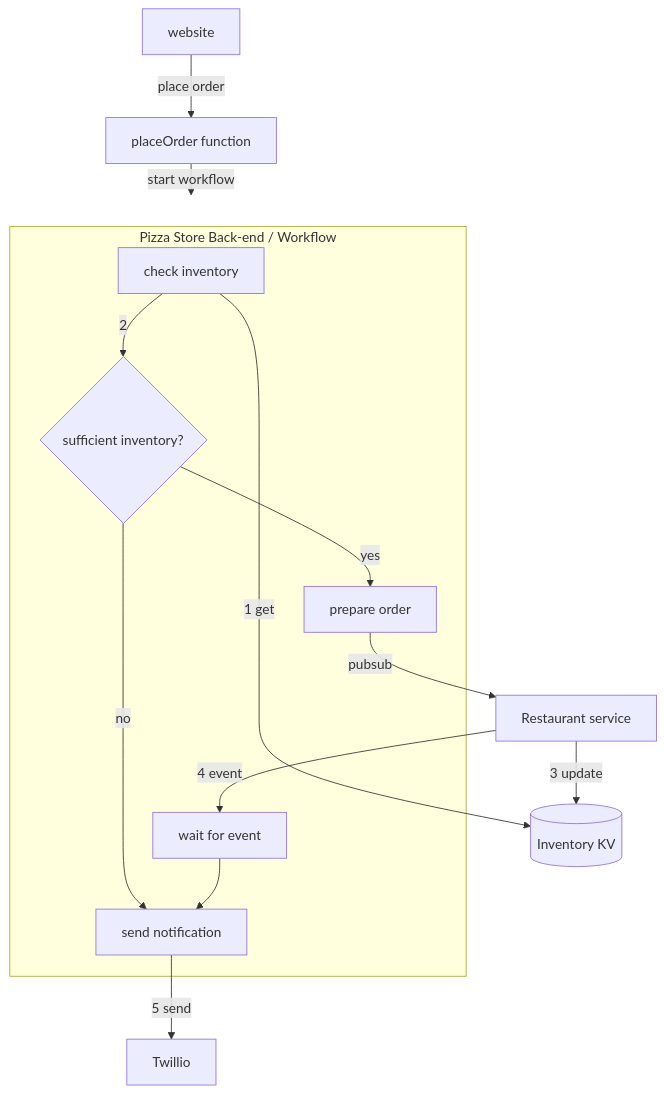
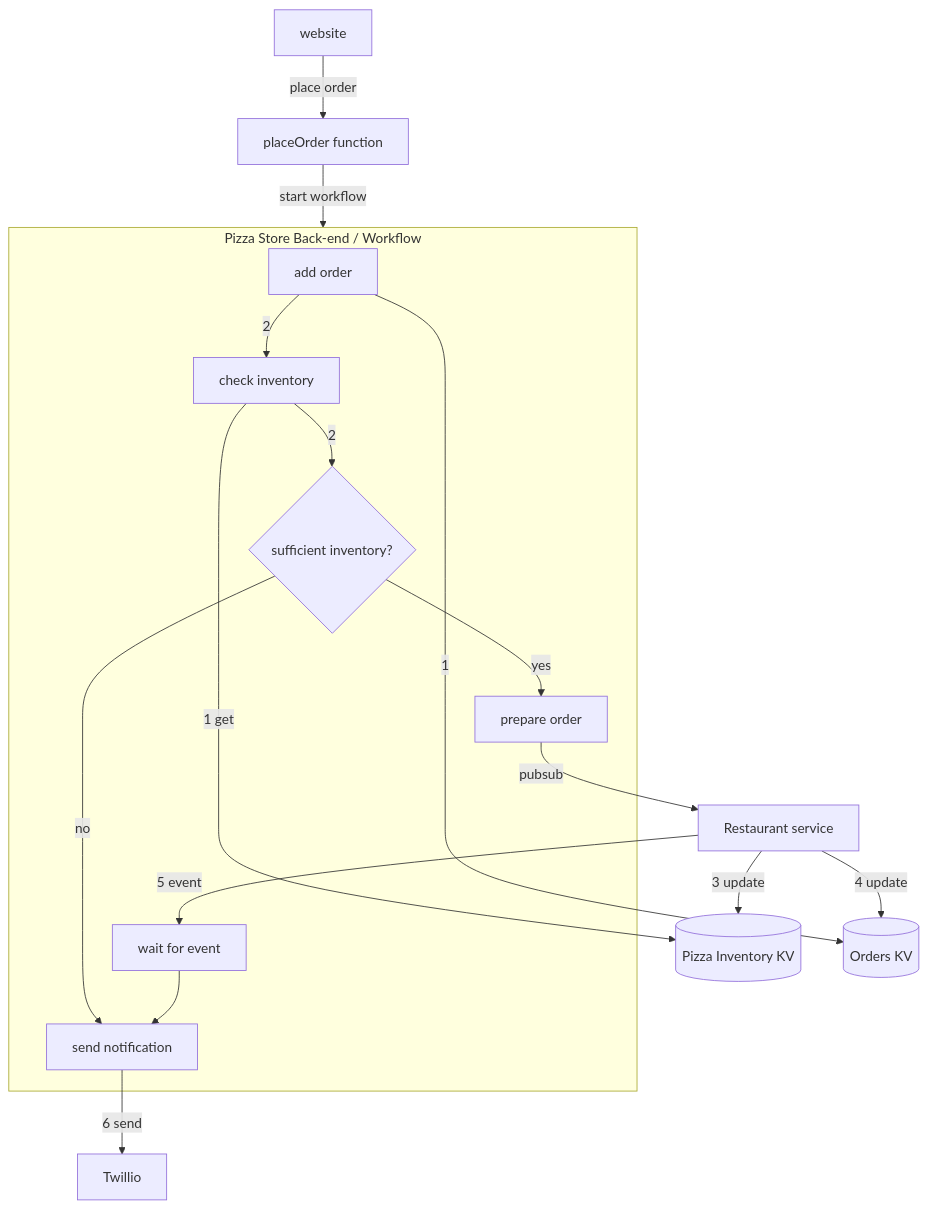
One commit to diagrid-labs/catalyst-pizza-demo changed the diagram in README.md. Above: the diagram before and after it, drawn with Mermaid. The commit also changed 11 other files, not shown here.

````diff
--- a/README.md
+++ b/README.md
@@ -3,26 +3,31 @@
 ```mermaid
 graph TD
 W[website]
 F[placeOrder function]
-KV[(Inventory KV)]
+IKV[(Pizza Inventory KV)]
+OKV[(Orders KV)]
 R[Restaurant service]
 TW[Twillio]
 W -->|place order| F
 F --> |start workflow|pizza-store
 subgraph pizza-store[Pizza Store Back-end / Workflow]
+	WFAdd[add order]
 	WFA[check inventory]
 	Check{sufficient inventory?}
 	WFB[prepare order]
 	WFC[send notification]
 	WFE[wait for event]
 end
+WFAdd -->|1| OKV
+WFAdd -->|2| WFA
 WFA -->|2| Check 
 Check -->|yes| WFB
 Check -->|no| WFC
-WFA -->|1 get| KV
+WFA -->|1 get| IKV
 WFE --> WFC
 WFB -->|pubsub| R
-R -->|3 update| KV
-R -->|4 event| WFE
-WFC -->|5 send| TW
+R -->|3 update| IKV
+R -->|4 update| OKV
+R -->|5 event| WFE
+WFC -->|6 send| TW
 ```
````
